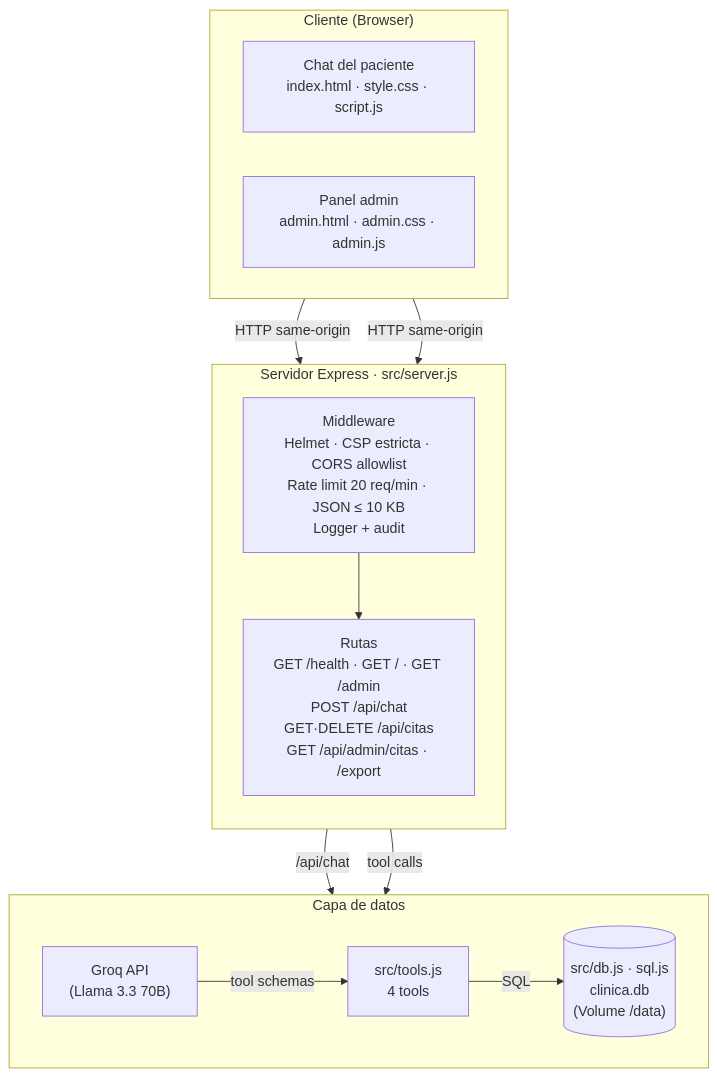
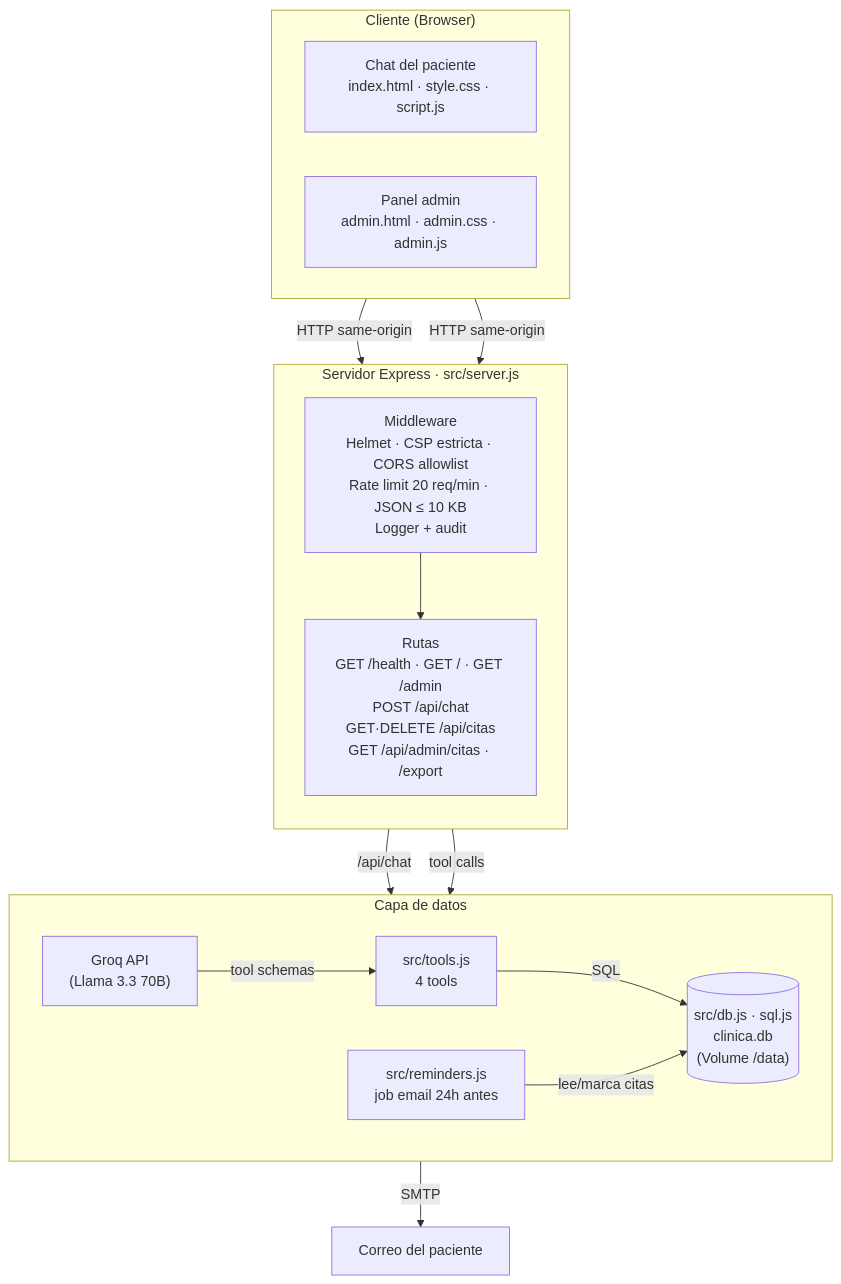
The first of 4 diagrams in README.md (Hisantirness/chatbot-clinica-dental), drawn with Mermaid before and after one commit. The commit also changed other lines of this file and 13 other files, not shown here.

Commit message:
Fase 2: recordatorios de citas por email 24h antes

````diff
--- a/README.md
+++ b/README.md
@@ -35,29 +35,32 @@
 ```mermaid
 flowchart TD
     subgraph Client["Cliente (Browser)"]
         direction LR
         Chat["Chat del paciente<br/>index.html · style.css · script.js"]
         Admin["Panel admin<br/>admin.html · admin.css · admin.js"]
     end
 
     subgraph Express["Servidor Express · src/server.js"]
         direction TB
         Middleware["Middleware<br/>Helmet · CSP estricta · CORS allowlist<br/>Rate limit 20 req/min · JSON ≤ 10 KB<br/>Logger + audit"]
         Routes["Rutas<br/>GET /health · GET / · GET /admin<br/>POST /api/chat<br/>GET·DELETE /api/citas<br/>GET /api/admin/citas · /export"]
     end
 
     subgraph Data["Capa de datos"]
         direction LR
         Groq["Groq API<br/>(Llama 3.3 70B)"]
         Tools["src/tools.js<br/>4 tools"]
+        Reminders["src/reminders.js<br/>job email 24h antes"]
         DB[("src/db.js · sql.js<br/>clinica.db<br/>(Volume /data)")]
     end
 
     Chat -->|HTTP same-origin| Middleware
     Admin -->|HTTP same-origin| Middleware
     Middleware --> Routes
     Routes -->|"/api/chat"| Groq
     Routes -->|"tool calls"| Tools
     Tools -->|"SQL"| DB
+    Reminders -->|"lee/marca citas"| DB
+    Reminders -->|"SMTP"| Email["Correo del paciente"]
     Groq -->|"tool schemas"| Tools
 ```
````
